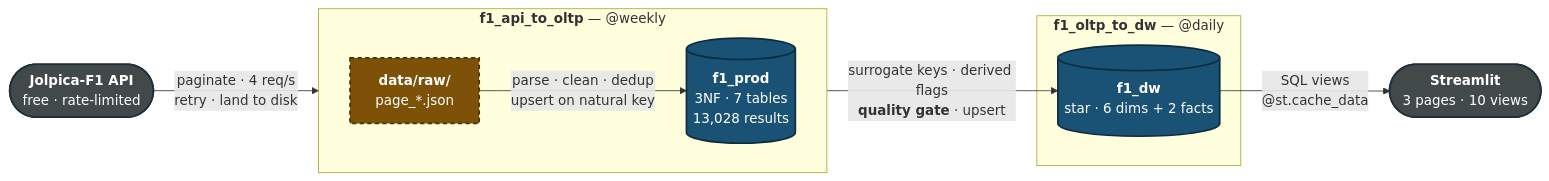
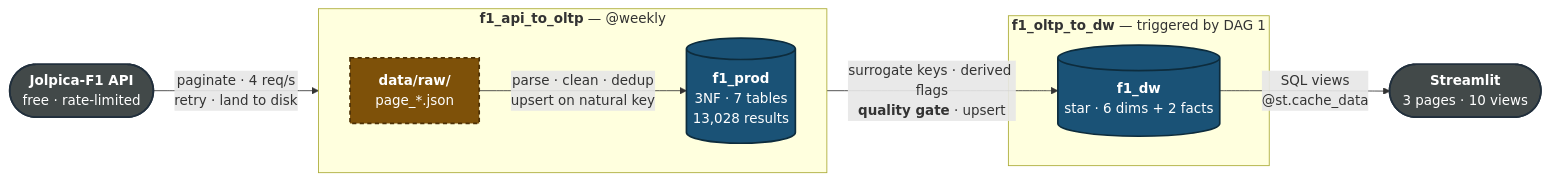
One commit to sworaj42/f1-data-warehouse changed the first of 5 diagrams in README.md. Above: the diagram before and after it, drawn with Mermaid. The commit also changed other lines of this file, not shown here.

First line of the commit message:
Document the DAG-to-DAG trigger in the README

````diff
--- a/README.md
+++ b/README.md
@@ -39,28 +39,28 @@
 ```mermaid
 flowchart LR
     API(["<b>Jolpica-F1 API</b><br/>free · rate-limited"])
 
     subgraph DAG1["<b>f1_api_to_oltp</b> — @weekly"]
         direction LR
         RAW["<b>data/raw/</b><br/>page_*.json"]
         PROD[("<b>f1_prod</b><br/>3NF · 7 tables<br/>13,028 results")]
         RAW -->|"parse · clean · dedup<br/>upsert on natural key"| PROD
     end
 
-    subgraph DAG2["<b>f1_oltp_to_dw</b> — @daily"]
+    subgraph DAG2["<b>f1_oltp_to_dw</b> — triggered by DAG 1"]
         DW[("<b>f1_dw</b><br/>star · 6 dims + 2 facts")]
     end
 
     DASH(["<b>Streamlit</b><br/>3 pages · 10 views"])
 
     API -->|"paginate · 4 req/s<br/>retry · land to disk"| RAW
     PROD -->|"surrogate keys · derived flags<br/><b>quality gate</b> · upsert"| DW
     DW -->|"SQL views<br/>@st.cache_data"| DASH
 
     classDef store fill:#1a5276,color:#fff,stroke:#0d2c3d,stroke-width:2px
     classDef zone fill:#7e5109,color:#fff,stroke:#4d3106,stroke-width:2px,stroke-dasharray:5 4
     classDef ext fill:#424949,color:#fff,stroke:#212f3c,stroke-width:2px
     class PROD,DW store
     class RAW zone
     class API,DASH ext
 ```
````
